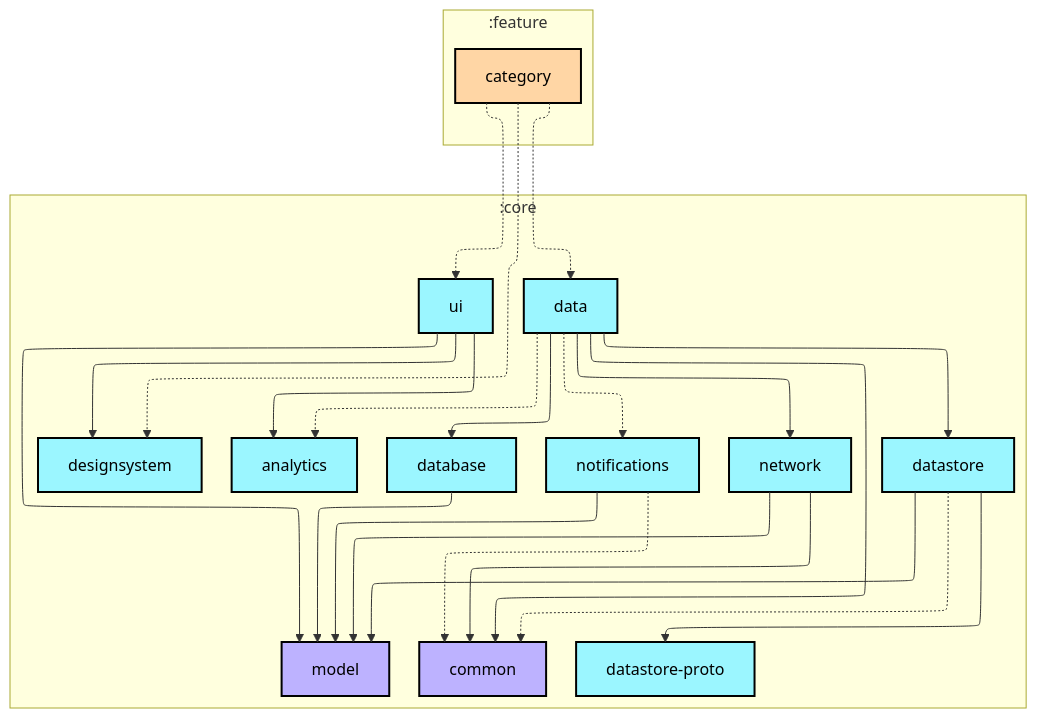
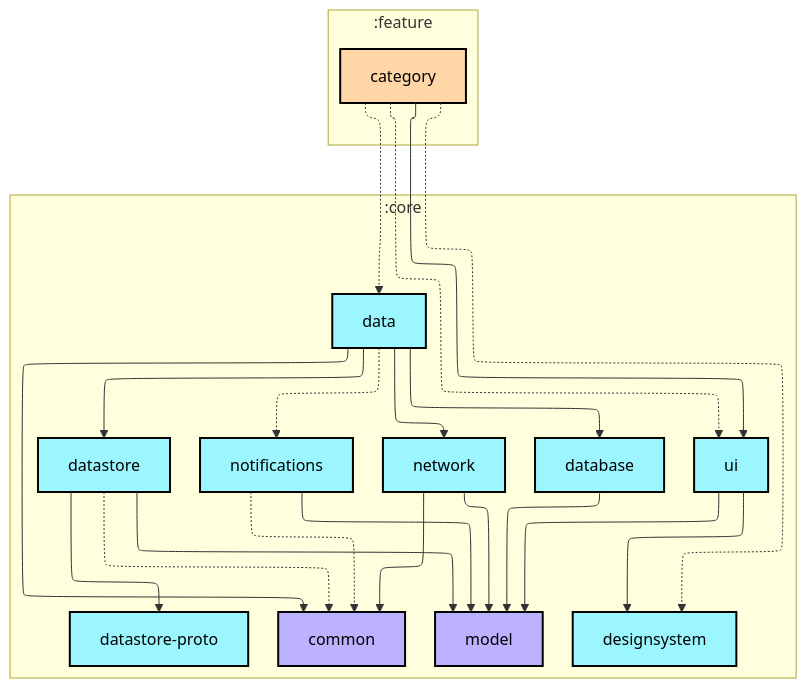
One commit to AshishMK/JetUpdates changed the first of 2 diagrams in feature/category/README.md. Above: the diagram before and after it, drawn with Mermaid. The commit also changed 15 other files, not shown here.

Commit message:
🤖 Updates graphs

````diff
--- a/feature/category/README.md
+++ b/feature/category/README.md
@@ -6,55 +6,53 @@
 ```mermaid
 ---
 config:
   layout: elk
   elk:
     nodePlacementStrategy: SIMPLE
 ---
 graph TB
   subgraph :core
     direction TB
-    :core:analytics[analytics]:::android-library
     :core:common[common]:::jvm-library
     :core:data[data]:::android-library
     :core:database[database]:::android-library
     :core:datastore[datastore]:::android-library
     :core:datastore-proto[datastore-proto]:::android-library
     :core:designsystem[designsystem]:::android-library
     :core:model[model]:::jvm-library
     :core:network[network]:::android-library
     :core:notifications[notifications]:::android-library
     :core:ui[ui]:::android-library
   end
   subgraph :feature
     direction TB
     :feature:category[category]:::android-feature
   end
 
-  :core:data -.-> :core:analytics
   :core:data --> :core:common
   :core:data --> :core:database
   :core:data --> :core:datastore
   :core:data --> :core:network
   :core:data -.-> :core:notifications
   :core:database --> :core:model
   :core:datastore -.-> :core:common
   :core:datastore --> :core:datastore-proto
   :core:datastore --> :core:model
   :core:network --> :core:common
   :core:network --> :core:model
   :core:notifications -.-> :core:common
   :core:notifications --> :core:model
-  :core:ui --> :core:analytics
   :core:ui --> :core:designsystem
   :core:ui --> :core:model
   :feature:category -.-> :core:data
   :feature:category -.-> :core:designsystem
+  :feature:category --> :core:ui
   :feature:category -.-> :core:ui
 
 classDef android-application fill:#CAFFBF,stroke:#000,stroke-width:2px,color:#000;
 classDef android-feature fill:#FFD6A5,stroke:#000,stroke-width:2px,color:#000;
 classDef android-library fill:#9BF6FF,stroke:#000,stroke-width:2px,color:#000;
 classDef android-test fill:#A0C4FF,stroke:#000,stroke-width:2px,color:#000;
 classDef jvm-library fill:#BDB2FF,stroke:#000,stroke-width:2px,color:#000;
 classDef unknown fill:#FFADAD,stroke:#000,stroke-width:2px,color:#000;
 ```
````
